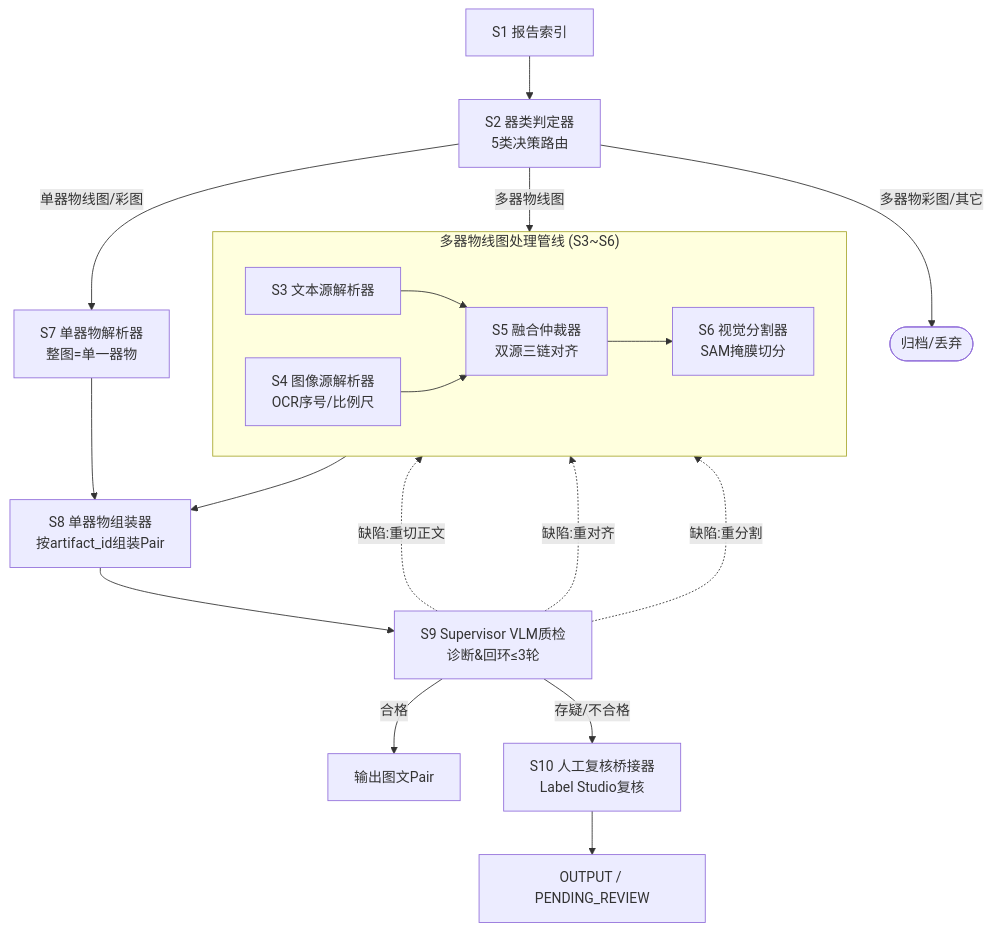
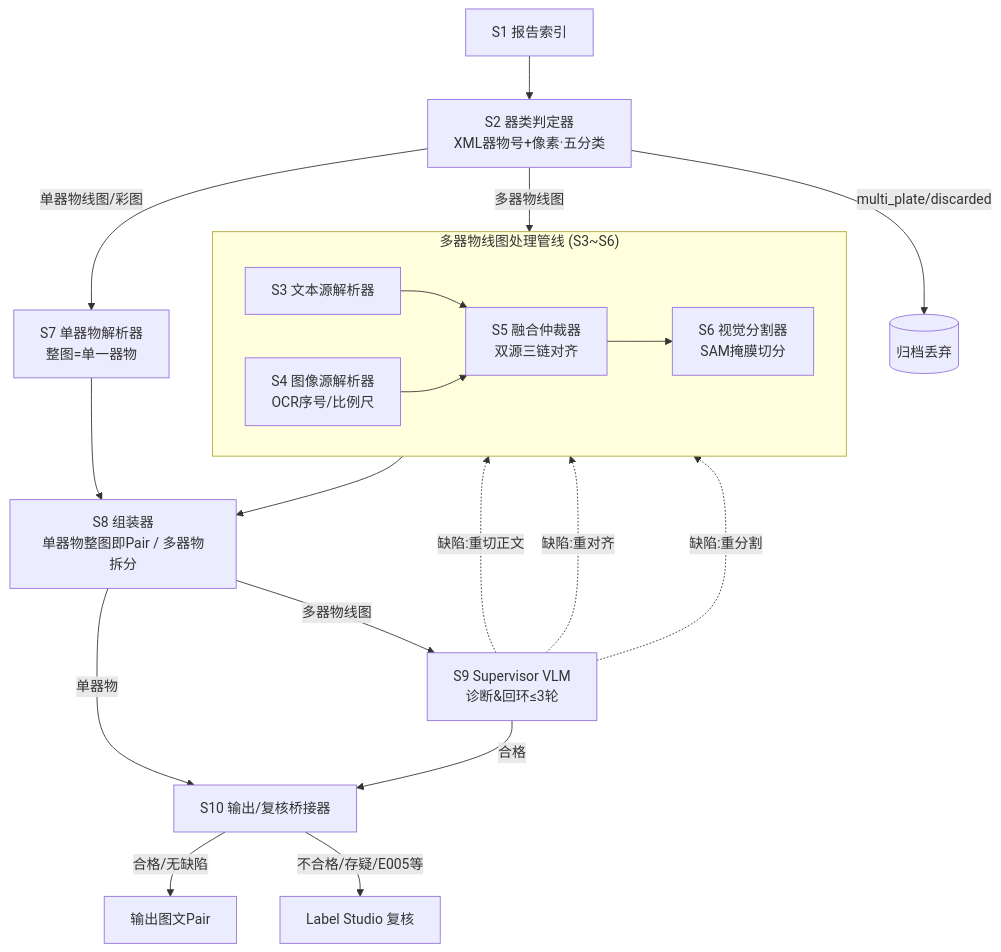
The diagram in README.md (qilichao1106/ArchaeoPairs), drawn with Mermaid before and after one commit. The commit also changed other lines of this file and 41 other files, not shown here.

````diff
--- a/README.md
+++ b/README.md
@@ -9,22 +9,23 @@
 ```mermaid
 graph TD
-  S1[S1 报告索引] --> S2[S2 器类判定器<br>5类决策路由]
+  S1[S1 报告索引] --> S2[S2 器类判定器<br>XML器物号+像素·五分类]
   S2 -->|单器物线图/彩图| S7[S7 单器物解析器<br>整图=单一器物]
   S2 -->|多器物线图| MT[🔄 多器物线图处理管线 S3~S6]
-  S2 -->|多器物彩图/其它| AR([归档/丢弃])
+  S2 -->|multi_plate/discarded| AR[(归档丢弃)]
   subgraph MT ["多器物线图处理管线 (S3~S6)"]
     direction LR
     S3[S3 文本源解析器] --> S5[S5 融合仲裁器<br>双源三链对齐]
     S4[S4 图像源解析器<br>OCR序号/比例尺] --> S5
     S5 --> S6[S6 视觉分割器<br>SAM掩膜切分]
   end
-  S7 --> S8[S8 单器物组装器<br>按artifact_id组装Pair]
   S6 --> S8
-  S8 --> S9[S9 Supervisor VLM质检<br>诊断&回环≤3轮]
-  S9 -->|合格| O[输出图文Pair]
+  S7 --> S8[S8 组装器<br>单器物整图即Pair / 多器物拆分]
+  S8 -->|单器物| S10[S10 输出/复核桥接器]
+  S8 -->|多器物线图| S9[S9 Supervisor VLM<br>诊断&回环≤3轮]
+  S9 -->|合格| S10
   S9 -.->|缺陷:重切正文| S3
   S9 -.->|缺陷:重对齐| S4
   S9 -.->|缺陷:重分割| S6
-  S9 -->|存疑/不合格| S10[S10 人工复核桥接器<br>Label Studio复核]
-  S10 --> OUT[OUTPUT / PENDING_REVIEW]
+  S10 -->|合格/无缺陷| O[输出图文Pair]
+  S10 -->|不合格/存疑/E005等| LS[Label Studio 复核]
 ```
````
